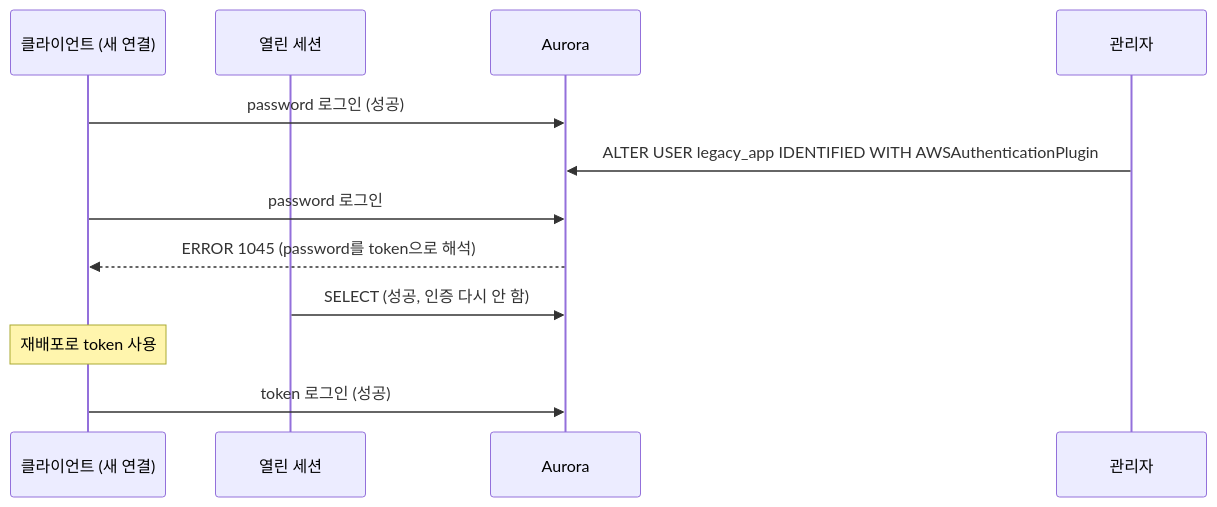
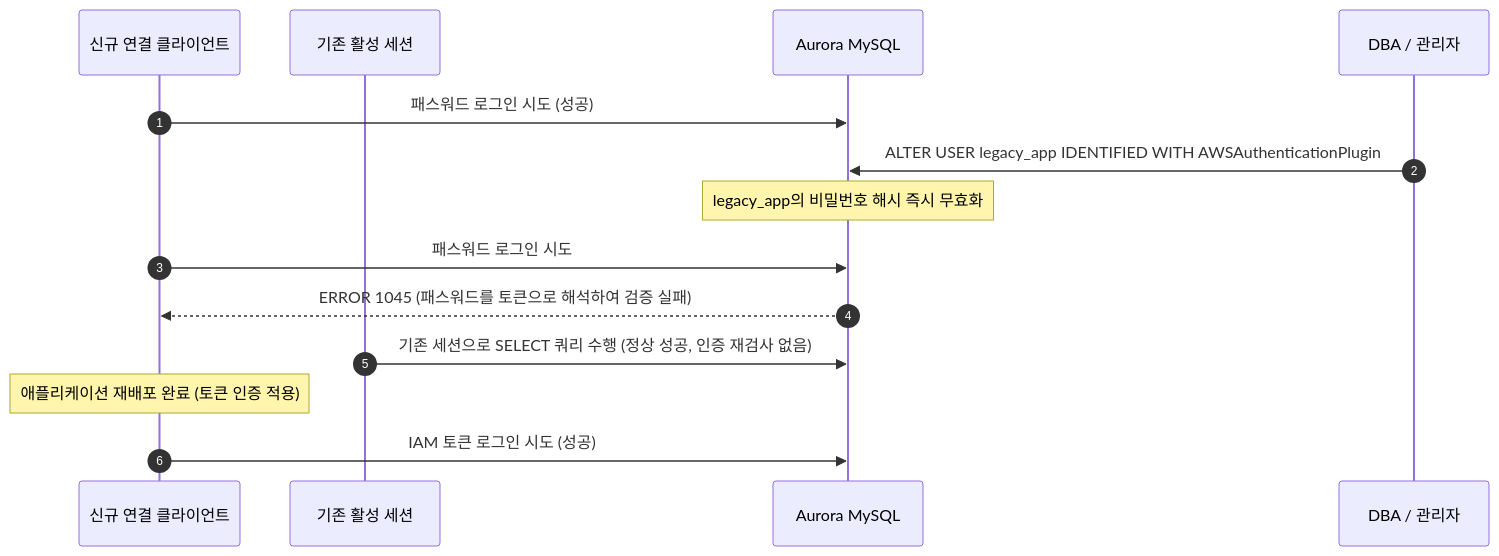
The diagram in aws/rds/aurora-iam-auth/docs/5-downtime-migration.md (choisungwook/portfolio), drawn with Mermaid before and after one commit. The commit also changed other lines of this file and 8 other files, not shown here.

First line of the commit message:
docs(rds): Aurora MySQL IAM DB 인증 핸즈온 문서 가독성 및 퀵스타트 구조 개편 (#1373)

````diff
--- a/aws/rds/aurora-iam-auth/docs/5-downtime-migration.md
+++ b/aws/rds/aurora-iam-auth/docs/5-downtime-migration.md
@@ -46,15 +48,17 @@
 ```mermaid
 sequenceDiagram
-  participant C as 클라이언트 (새 연결)
-  participant S as 열린 세션
-  participant DB as Aurora
-  participant A as 관리자
+  autonumber
+  participant C as 신규 연결 클라이언트
+  participant S as 기존 활성 세션
+  participant DB as Aurora MySQL
+  participant Admin as DBA / 관리자
 
-  C->>DB: password 로그인 (성공)
-  A->>DB: ALTER USER legacy_app IDENTIFIED WITH AWSAuthenticationPlugin
-  C->>DB: password 로그인
-  DB-->>C: ERROR 1045 (password를 token으로 해석)
-  S->>DB: SELECT (성공, 인증 다시 안 함)
-  Note over C: 재배포로 token 사용
-  C->>DB: token 로그인 (성공)
+  C->>DB: 패스워드 로그인 시도 (성공)
+  Admin->>DB: ALTER USER legacy_app IDENTIFIED WITH AWSAuthenticationPlugin
+  Note over DB: legacy_app의 비밀번호 해시 즉시 무효화
+  C->>DB: 패스워드 로그인 시도
+  DB-->>C: ERROR 1045 (패스워드를 토큰으로 해석하여 검증 실패)
+  S->>DB: 기존 세션으로 SELECT 쿼리 수행 (정상 성공, 인증 재검사 없음)
+  Note over C: 애플리케이션 재배포 완료 (토큰 인증 적용)
+  C->>DB: IAM 토큰 로그인 시도 (성공)
 ```
````
